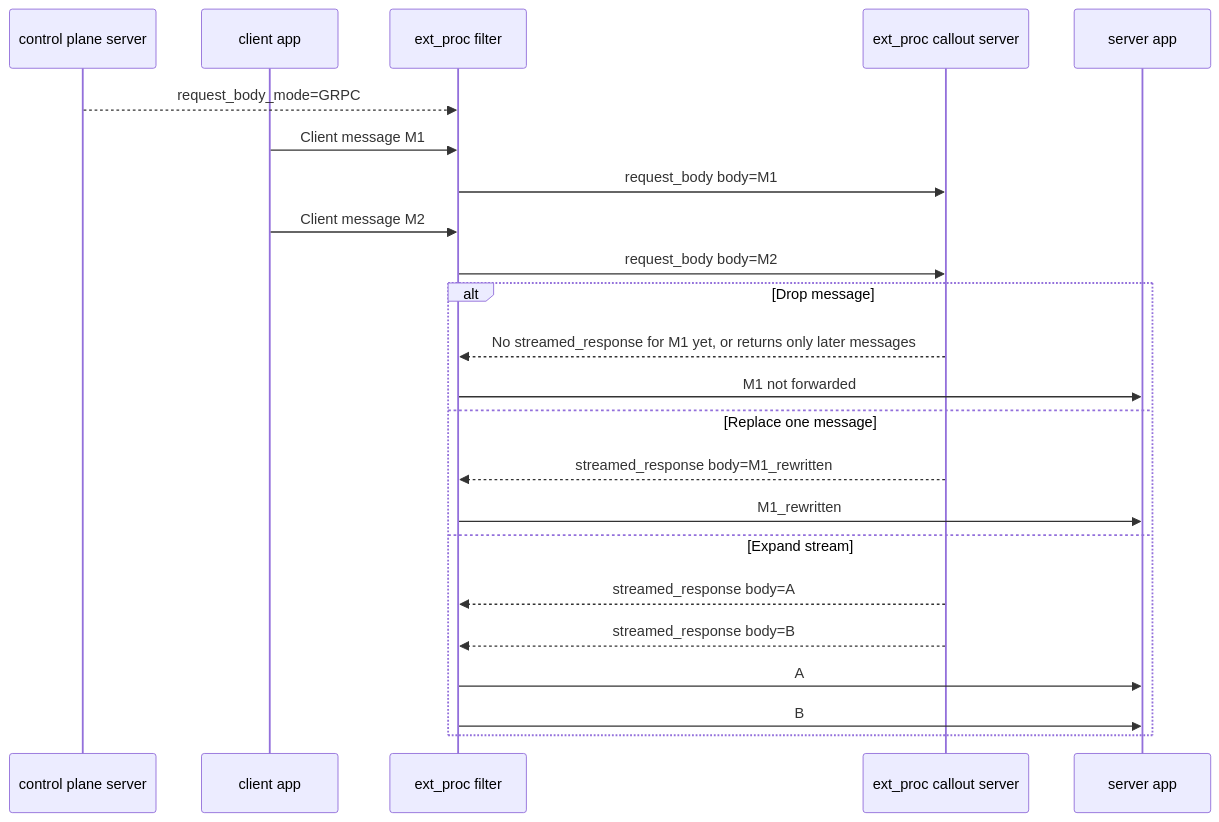
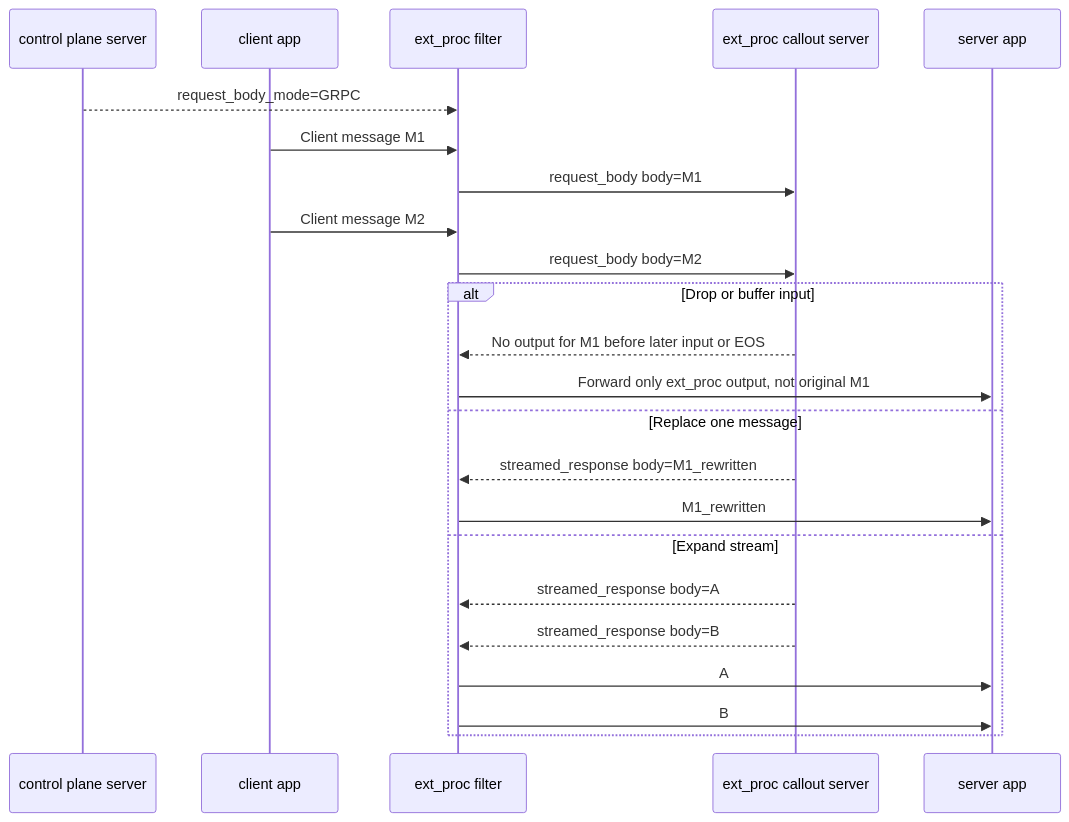
Diagram 12 of 16 in a93_ext_proc_data_flows.md (ran-su/ext_proc_spec), drawn with Mermaid before and after one commit. The commit also changed other lines of this file and 1 other file, not shown here.

Commit message:
Clarify ext_proc body stream state

````diff
--- a/a93_ext_proc_data_flows.md
+++ b/a93_ext_proc_data_flows.md
@@ -353,27 +354,27 @@
 ```mermaid
 sequenceDiagram
     participant CP as control plane server
     participant Client as client app
     participant Filter as ext_proc filter
     participant EP as ext_proc callout server
     participant Server as server app
 
     CP-->>Filter: request_body_mode=GRPC
     Client->>Filter: Client message M1
     Filter->>EP: request_body body=M1
     Client->>Filter: Client message M2
     Filter->>EP: request_body body=M2
 
-    alt Drop message
-        EP-->>Filter: No streamed_response for M1 yet, or returns only later messages
-        Filter->>Server: M1 not forwarded
+    alt Drop or buffer input
+        EP-->>Filter: No output for M1 before later input or EOS
+        Filter->>Server: Forward only ext_proc output, not original M1
     else Replace one message
         EP-->>Filter: streamed_response body=M1_rewritten
         Filter->>Server: M1_rewritten
     else Expand stream
         EP-->>Filter: streamed_response body=A
         EP-->>Filter: streamed_response body=B
         Filter->>Server: A
         Filter->>Server: B
     end
 ```
````
